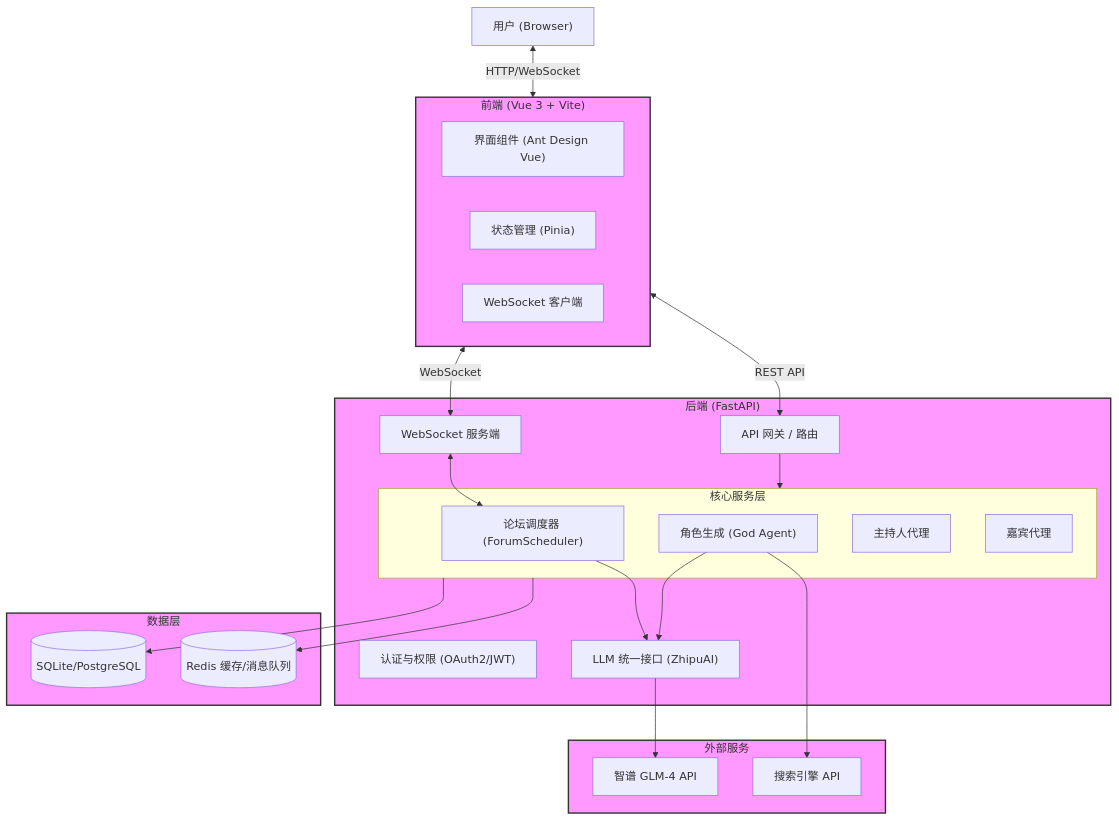
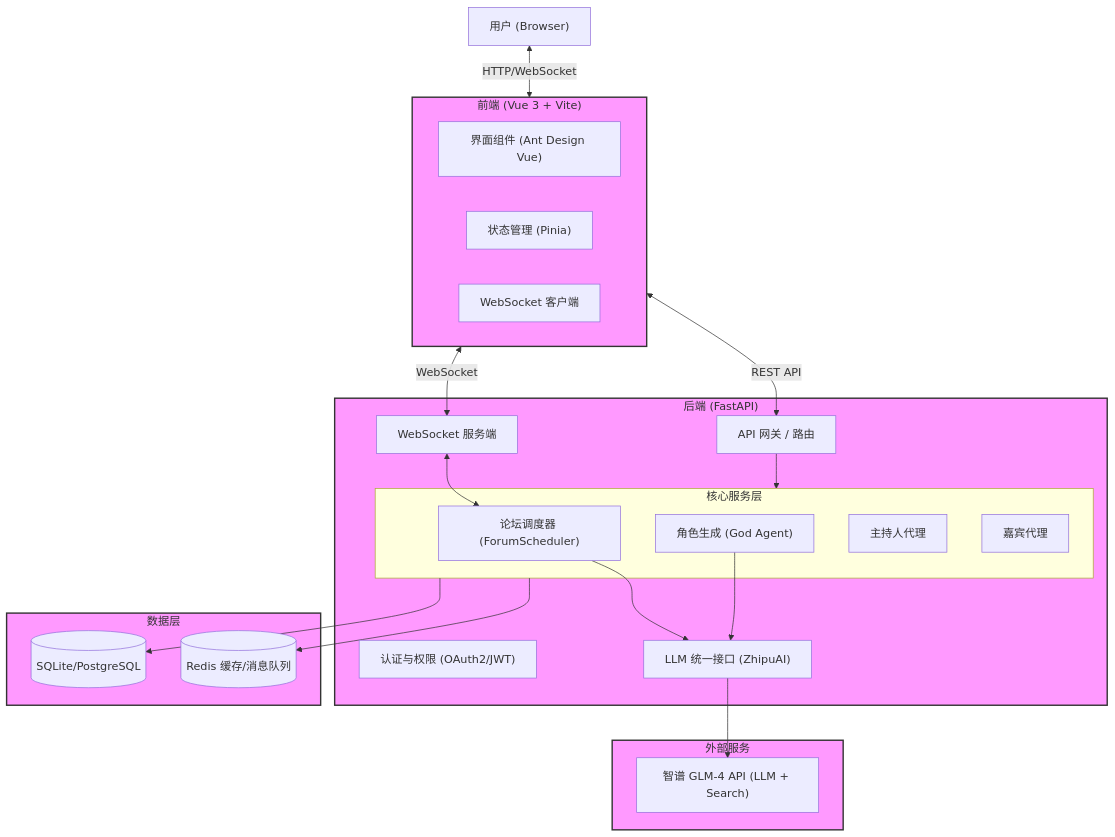
The diagram in README.md (dongyu23/MADF-Multi-Agent-Discussion-Dramework), drawn with Mermaid before and after one commit. The commit also changed other lines of this file and 20 other files, not shown here.

````diff
--- a/README.md
+++ b/README.md
@@ -43,54 +43,52 @@
 ```mermaid
 graph TD
     User["用户 (Browser)"]
     
     subgraph Frontend ["前端 (Vue 3 + Vite)"]
         UI["界面组件 (Ant Design Vue)"]
         Store["状态管理 (Pinia)"]
         WS_Client["WebSocket 客户端"]
     end
     
     subgraph Backend ["后端 (FastAPI)"]
         API["API 网关 / 路由"]
         Auth["认证与权限 (OAuth2/JWT)"]
         
         subgraph Services ["核心服务层"]
             Scheduler["论坛调度器 (ForumScheduler)"]
             GodAgent["角色生成 (God Agent)"]
             Moderator["主持人代理"]
             Participant["嘉宾代理"]
         end
         
         WS_Server["WebSocket 服务端"]
         LLM_Client["LLM 统一接口 (ZhipuAI)"]
     end
     
     subgraph Data ["数据层"]
         SQLite[("SQLite/PostgreSQL")]
         Redis[("Redis 缓存/消息队列")]
     end
     
     subgraph External ["外部服务"]
-        GLM4["智谱 GLM-4 API"]
-        Search["搜索引擎 API"]
+        GLM4["智谱 GLM-4 API (LLM + Search)"]
     end
-
+    
     User <-->|HTTP/WebSocket| Frontend
     Frontend <-->|REST API| API
     Frontend <-->|WebSocket| WS_Server
     
     API --> Services
     WS_Server <--> Scheduler
     
     Scheduler --> LLM_Client
     GodAgent --> LLM_Client
-    GodAgent --> Search
     
     LLM_Client --> GLM4
     
     Services --> SQLite
     Services --> Redis
     
     classDef box fill:#f9f,stroke:#333,stroke-width:2px;
     class Frontend,Backend,Data,External box;
 ```
````
